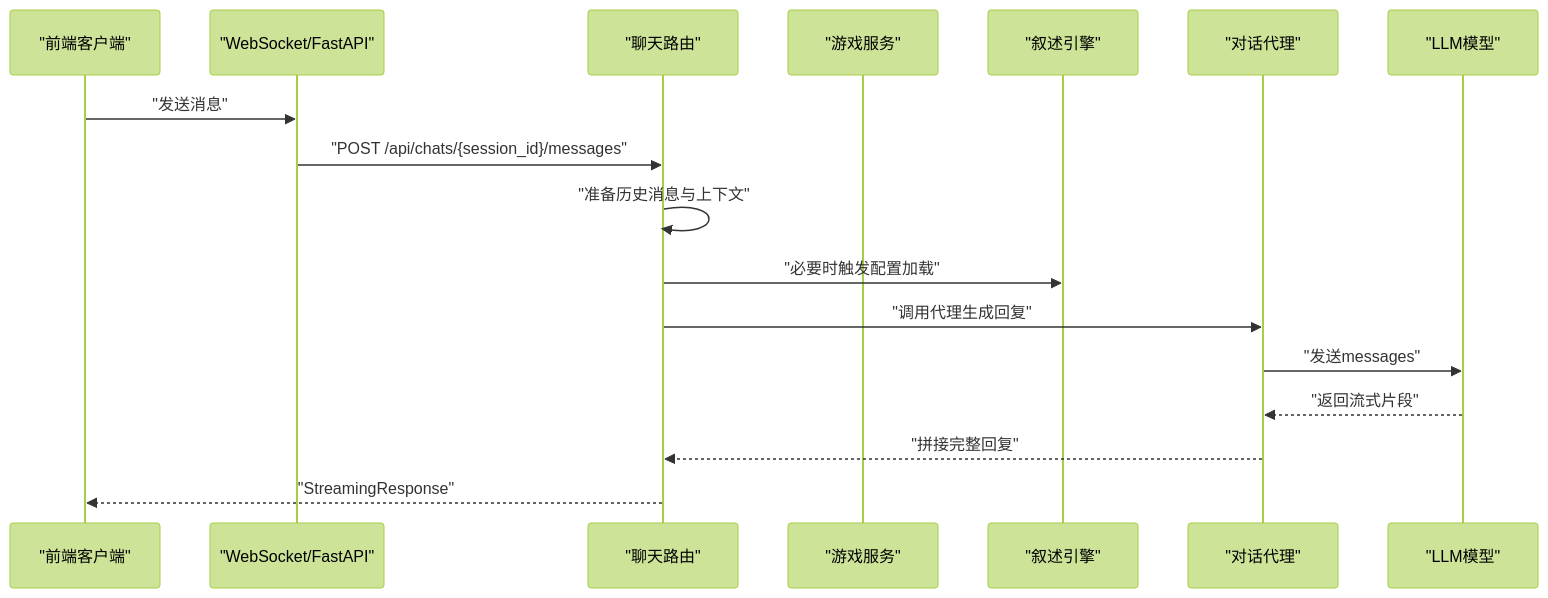
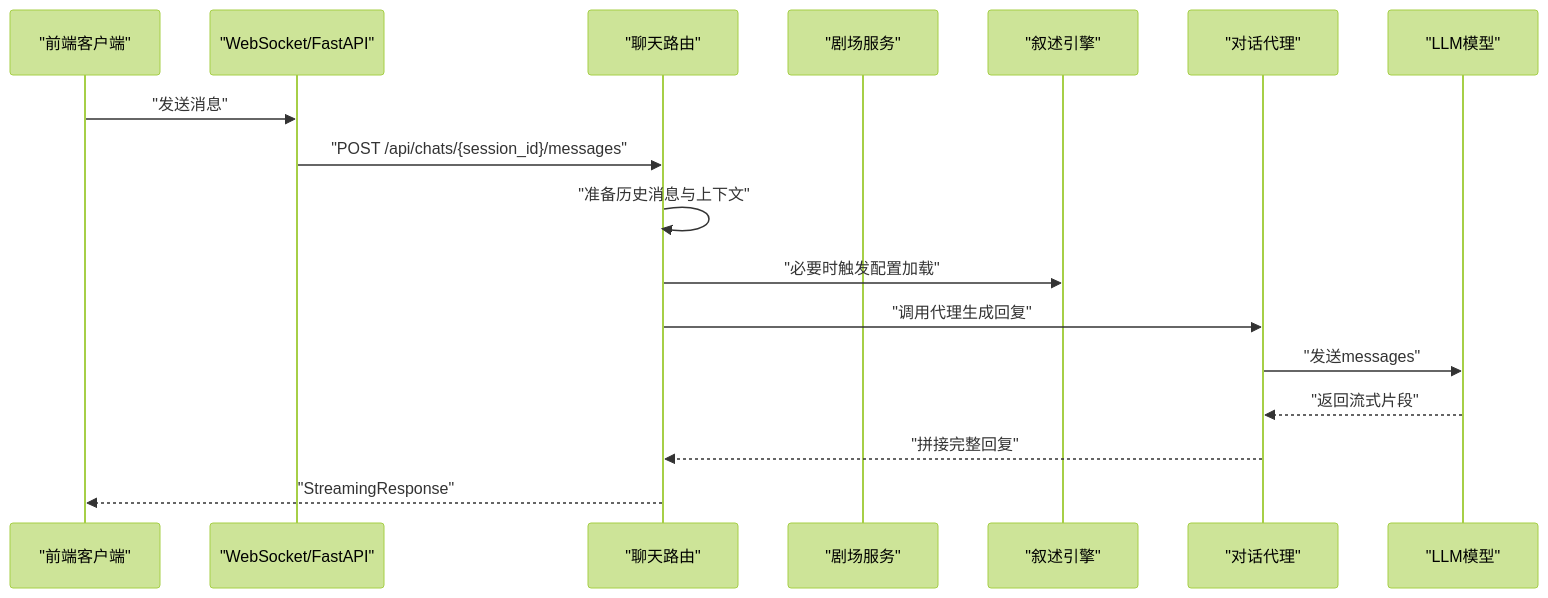
Before and after one commit to KunLabAI/KunFlix: the second of 7 diagrams in .qoder/repowiki/zh/content/故障排除/智能体系统问题/对话代理错误.md, drawn with Mermaid (forest theme). The commit also changed other lines of this file and 112 other files, not shown here.

````diff
--- a/.qoder/repowiki/zh/content/故障排除/智能体系统问题/对话代理错误.md
+++ b/.qoder/repowiki/zh/content/故障排除/智能体系统问题/对话代理错误.md
@@ -107,19 +107,19 @@
 ```mermaid
 sequenceDiagram
 participant FE as "前端客户端"
 participant WS as "WebSocket/FastAPI"
 participant CHAT as "聊天路由"
-participant SVC as "游戏服务"
+participant SVC as "剧场服务"
 participant ENG as "叙述引擎"
 participant AG as "对话代理"
 participant LLM as "LLM模型"
 FE->>WS : "发送消息"
 WS->>CHAT : "POST /api/chats/{session_id}/messages"
 CHAT->>CHAT : "准备历史消息与上下文"
 CHAT->>ENG : "必要时触发配置加载"
 CHAT->>AG : "调用代理生成回复"
 AG->>LLM : "发送messages"
 LLM-->>AG : "返回流式片段"
 AG-->>CHAT : "拼接完整回复"
 CHAT-->>FE : "StreamingResponse"
 ```
````
